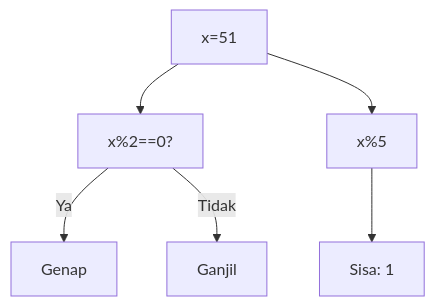
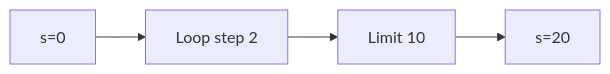
One commit to amnahwaida/OSNK_INF_PREP changed the tenth of 25 diagrams in part-c-pemahaman-cpp/03-perulangan/latihan/set-11.md. Above: the diagram before and after it, drawn with Mermaid. The commit also changed other lines of this file and 71 other files, not shown here.

````diff
--- a/part-c-pemahaman-cpp/03-perulangan/latihan/set-11.md
+++ b/part-c-pemahaman-cpp/03-perulangan/latihan/set-11.md
@@ -297,8 +264,6 @@
 ```mermaid
-graph TD
-A["x=51"] --> B["x%2==0?"]
-B -- Ya --> C["Genap"]
-B -- Tidak --> D["Ganjil"]
-A --> E["x%5"]
-E --> F["Sisa: 1"]
+graph LR
+A["s=0"] --> B["Loop step 2"]
+B --> C["Limit 10"]
+C --> D["s=20"]
 ```
````
